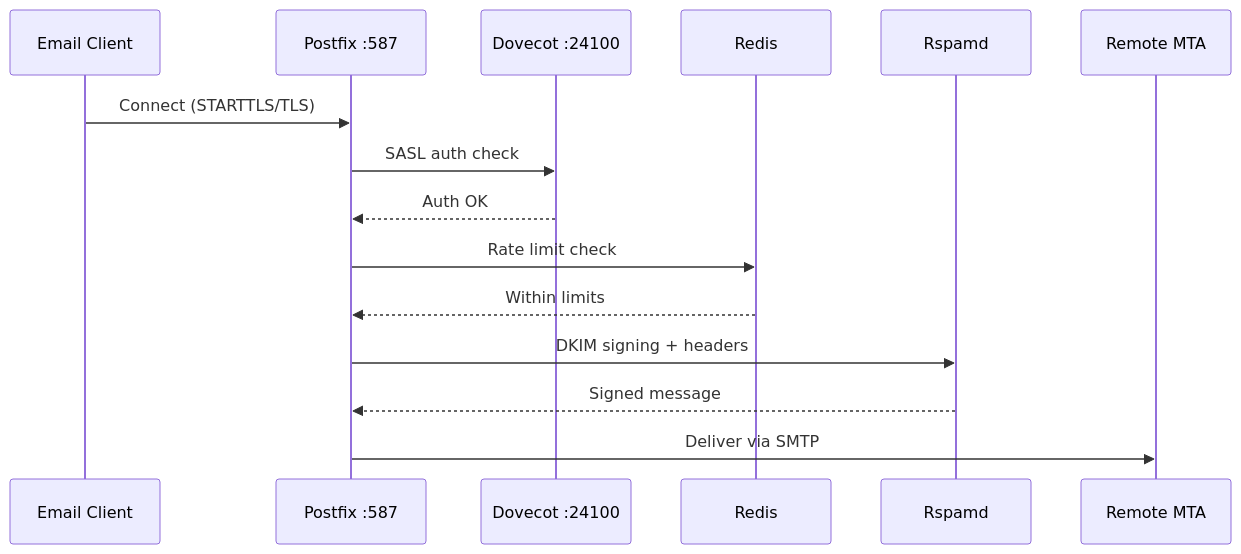
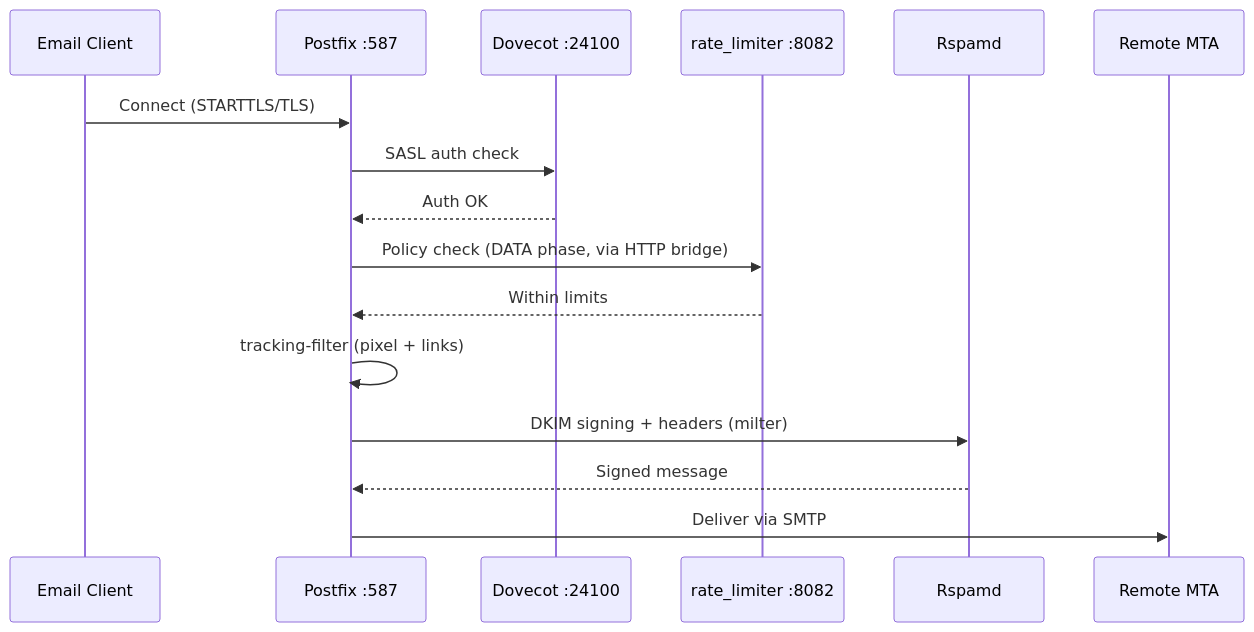
One commit to Techies-Africa/mailyte-mail-server-community changed the second of 3 diagrams in docs/mailer/index.md. Above: the diagram before and after it, drawn with Mermaid. The commit also changed other lines of this file and 481 other files, not shown here.

````diff
--- a/docs/mailer/index.md
+++ b/docs/mailer/index.md
@@ -135,18 +144,19 @@
 ```mermaid
 sequenceDiagram
     participant User as Email Client
     participant PF as Postfix :587
     participant DV as Dovecot :24100
-    participant RD as Redis
+    participant RL as rate_limiter :8082
     participant RS as Rspamd
     participant Remote as Remote MTA
 
     User->>PF: Connect (STARTTLS/TLS)
     PF->>DV: SASL auth check
     DV-->>PF: Auth OK
-    PF->>RD: Rate limit check
-    RD-->>PF: Within limits
-    PF->>RS: DKIM signing + headers
+    PF->>RL: Policy check (DATA phase, via HTTP bridge)
+    RL-->>PF: Within limits
+    PF->>PF: tracking-filter (pixel + links)
+    PF->>RS: DKIM signing + headers (milter)
     RS-->>PF: Signed message
     PF->>Remote: Deliver via SMTP
 ```
````
